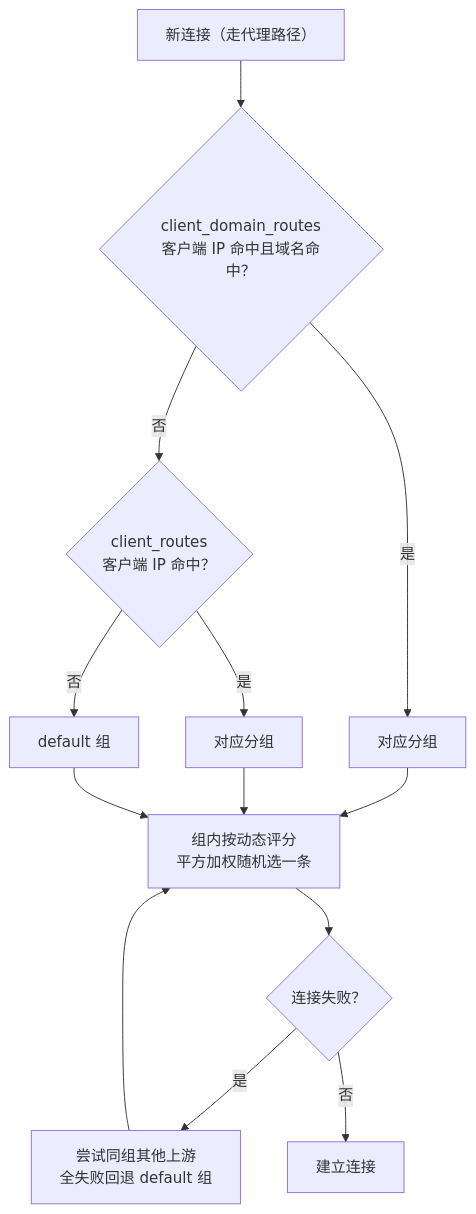
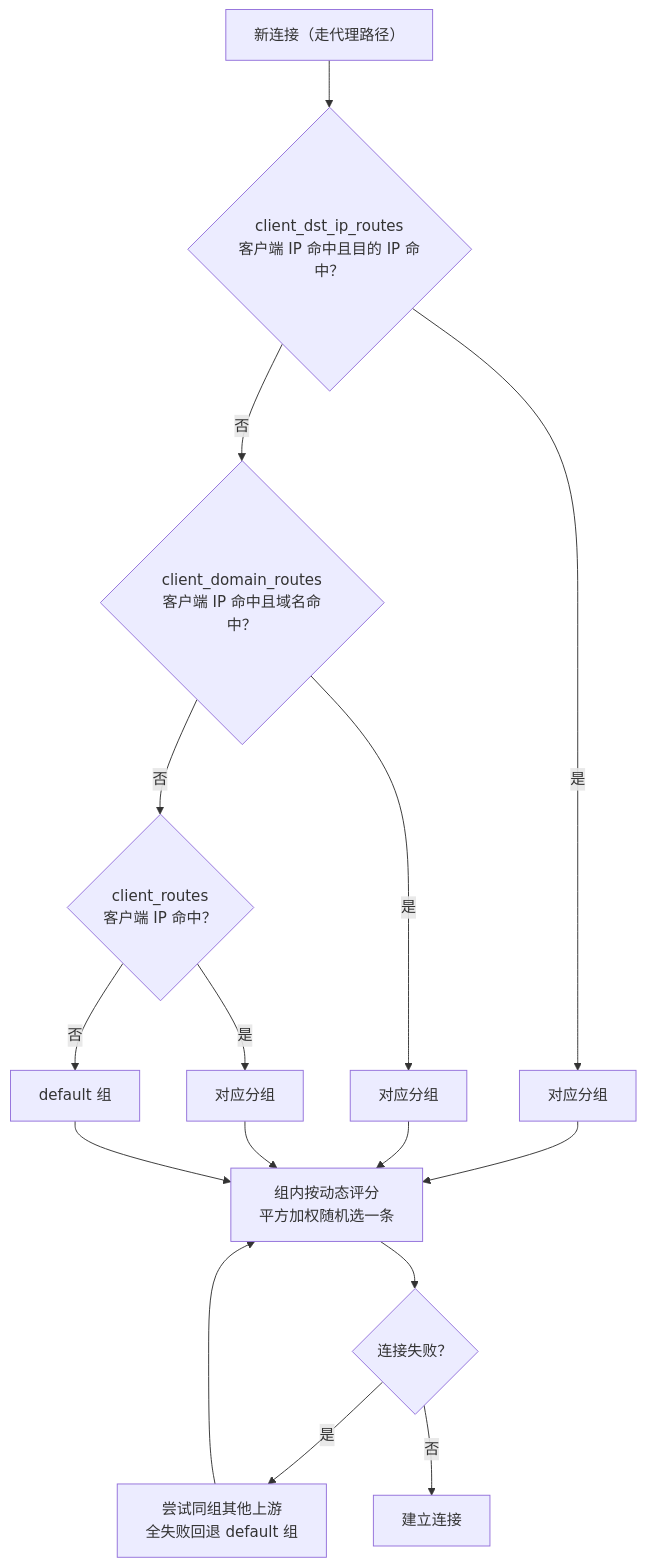
Before and after one commit to hrimfaxi/xtp-rs: the fourth of 4 diagrams in xtp-rs实战教程.md, drawn with Mermaid. The commit also changed other lines of this file and 6 other files, not shown here.

First line of the commit message:
feat(routes): 新增 client_dst_ip_routes 按目的 IP 分组路由

````diff
--- a/xtp-rs实战教程.md
+++ b/xtp-rs实战教程.md
@@ -546,13 +561,15 @@
 ```mermaid
 flowchart TD
-    A["新连接（走代理路径）"] --> B{"client_domain_routes<br/>客户端 IP 命中且域名命中？"}
+    A["新连接（走代理路径）"] --> B{"client_dst_ip_routes<br/>客户端 IP 命中且目的 IP 命中？"}
     B -->|"是"| G1["对应分组"]
-    B -->|"否"| C{"client_routes<br/>客户端 IP 命中？"}
+    B -->|"否"| C{"client_domain_routes<br/>客户端 IP 命中且域名命中？"}
     C -->|"是"| G2["对应分组"]
-    C -->|"否"| G3["default 组"]
-    G1 & G2 & G3 --> P["组内按动态评分<br/>平方加权随机选一条"]
+    C -->|"否"| D{"client_routes<br/>客户端 IP 命中？"}
+    D -->|"是"| G3["对应分组"]
+    D -->|"否"| G4["default 组"]
+    G1 & G2 & G3 & G4 --> P["组内按动态评分<br/>平方加权随机选一条"]
     P --> F{"连接失败？"}
     F -->|"是"| R["尝试同组其他上游<br/>全失败回退 default 组"]
     R --> P
     F -->|"否"| OK["建立连接"]
 ```
````
